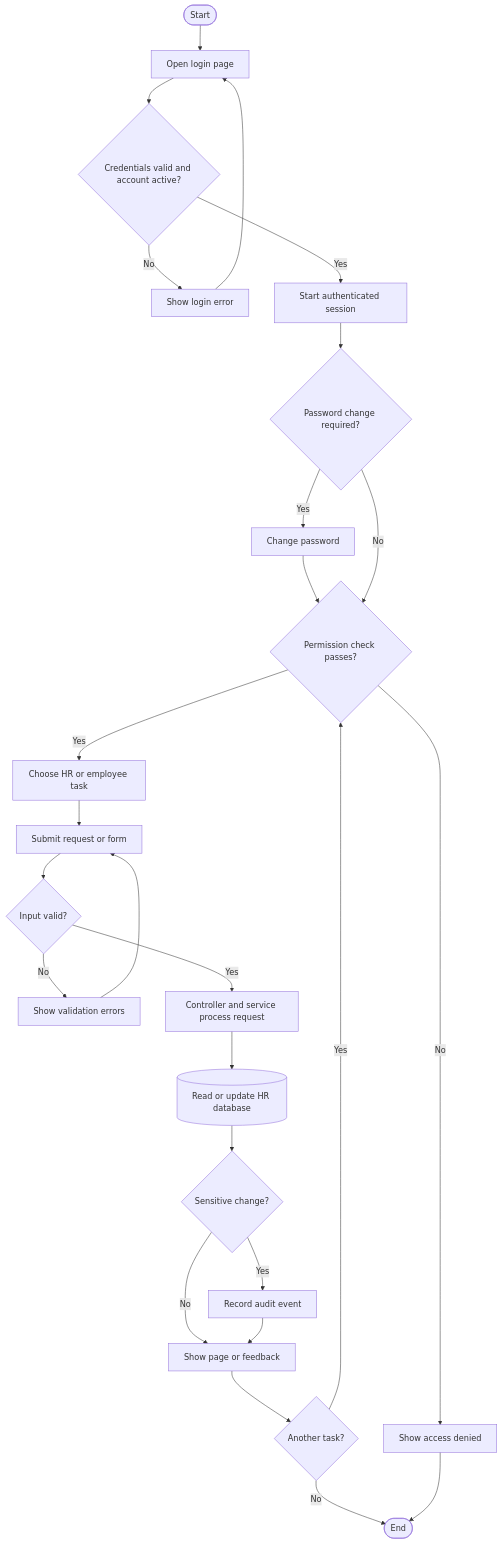
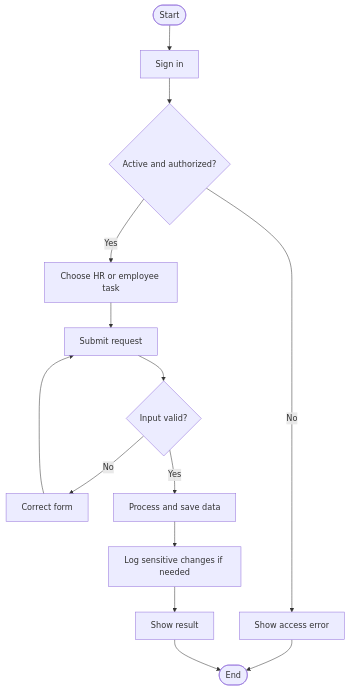
Before and after one commit to karthikeyavakod/AWS-Based-Employee-HR-System: the third of 8 diagrams in README.md, drawn with Mermaid.

Commit message:
Refactor activity diagram in README for clarity and conciseness

````diff
--- a/README.md
+++ b/README.md
@@ -100,28 +100,14 @@
 ```mermaid
 flowchart TD
-    Start([Start]) --> Login[Open login page]
-    Login --> Credentials{Credentials valid and account active?}
-    Credentials -- No --> LoginError[Show login error]
-    LoginError --> Login
-    Credentials -- Yes --> Session[Start authenticated session]
-    Session --> Password{Password change required?}
-    Password -- Yes --> ChangePassword[Change password]
-    ChangePassword --> Permission
-    Password -- No --> Permission{Permission check passes?}
-    Permission -- No --> Denied[Show access denied]
-    Permission -- Yes --> Task[Choose HR or employee task]
-    Task --> Submit[Submit request or form]
+    Start([Start]) --> Login[Sign in]
+    Login --> Access{Active and authorized?}
+    Access -- No --> Denied[Show access error] --> End([End])
+    Access -- Yes --> Task[Choose HR or employee task]
+    Task --> Submit[Submit request]
     Submit --> Valid{Input valid?}
-    Valid -- No --> Errors[Show validation errors]
-    Errors --> Submit
-    Valid -- Yes --> Process[Controller and service process request]
-    Process --> Data[(Read or update HR database)]
-    Data --> Audit{Sensitive change?}
-    Audit -- Yes --> Log[Record audit event]
-    Audit -- No --> Result[Show page or feedback]
-    Log --> Result
-    Result --> Continue{Another task?}
-    Continue -- Yes --> Permission
-    Continue -- No --> End([End])
-    Denied --> End
+    Valid -- No --> Fix[Correct form] --> Submit
+    Valid -- Yes --> Save[Process and save data]
+    Save --> Audit[Log sensitive changes if needed]
+    Audit --> Result[Show result]
+    Result --> End
 ```
````
